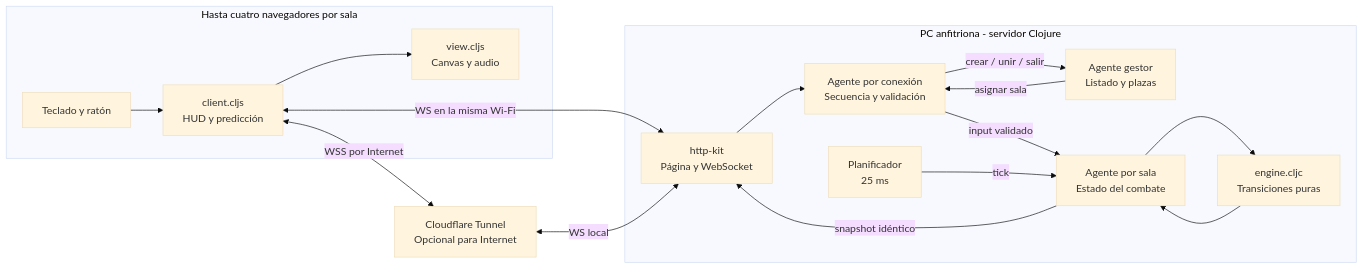
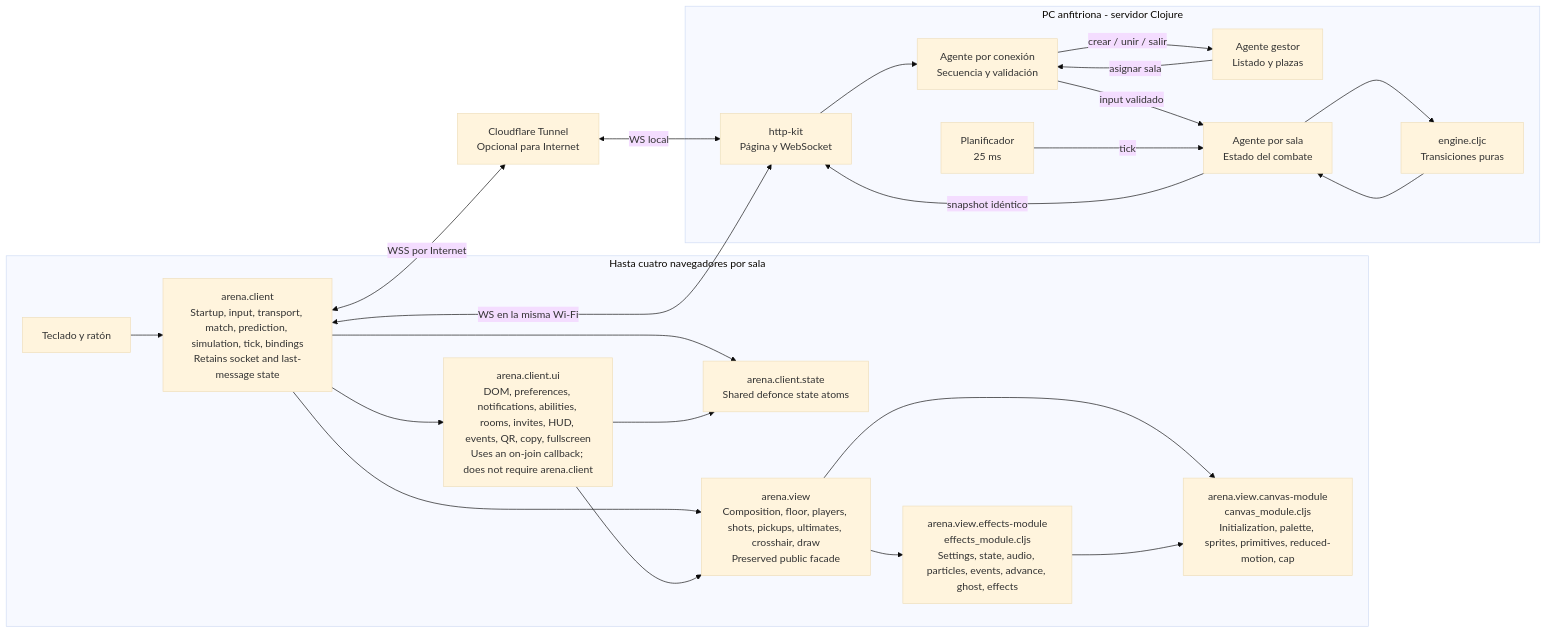
One commit to swayinx/Clojure-Arena changed the first of 2 diagrams in docs/ARQUITECTURA.md. Above: the diagram before and after it, drawn with Mermaid (base theme). The commit also changed 8 other files, not shown here.

First line of the commit message:
Split client and view modules into focused namespaces

````diff
--- a/docs/ARQUITECTURA.md
+++ b/docs/ARQUITECTURA.md
@@ -31,27 +31,39 @@
 ```mermaid
 flowchart LR
   subgraph Clientes[Hasta cuatro navegadores por sala]
     A[Teclado y ratón]
-    B[client.cljs\nHUD y predicción]
-    C[view.cljs\nCanvas y audio]
-    A --> B --> C
+    CLIENT[arena.client\nStartup, input, transport, match, prediction, simulation, tick, bindings\nRetains socket and last-message state]
+    STATE[arena.client.state\nShared defonce state atoms]
+    UI[arena.client.ui\nDOM, preferences, notifications, abilities, rooms, invites, HUD, events, QR, copy, fullscreen\nUses an on-join callback; does not require arena.client]
+    VIEW[arena.view\nComposition, floor, players, shots, pickups, ultimates, crosshair, draw\nPreserved public facade]
+    CANVAS[arena.view.canvas-module\ncanvas_module.cljs\nInitialization, palette, sprites, primitives, reduced-motion, cap]
+    EFFECTS[arena.view.effects-module\neffects_module.cljs\nSettings, state, audio, particles, events, advance, ghost, effects]
+    A --> CLIENT
+    CLIENT --> STATE
+    CLIENT --> UI
+    CLIENT --> VIEW
+    UI --> STATE
+    UI --> VIEW
+    VIEW --> CANVAS
+    VIEW --> EFFECTS
+    EFFECTS --> CANVAS
   end
   T[Cloudflare Tunnel\nOpcional para Internet]
   subgraph Host[PC anfitriona - servidor Clojure]
     HTTP[http-kit\nPágina y WebSocket]
     M[Agente gestor\nListado y plazas]
     P[Agente por conexión\nSecuencia y validación]
     R[Agente por sala\nEstado del combate]
     TIMER[Planificador\n25 ms]
     CORE[engine.cljc\nTransiciones puras]
     HTTP --> P
     P -->|crear / unir / salir| M
     M -->|asignar sala| P
     P -->|input validado| R
     TIMER -->|tick| R
     R --> CORE --> R
     R -->|snapshot idéntico| HTTP
   end
-  B <-->|WS en la misma Wi-Fi| HTTP
-  B <-->|WSS por Internet| T <-->|WS local| HTTP
+  CLIENT <-->|WS en la misma Wi-Fi| HTTP
+  CLIENT <-->|WSS por Internet| T <-->|WS local| HTTP
 ```
````
